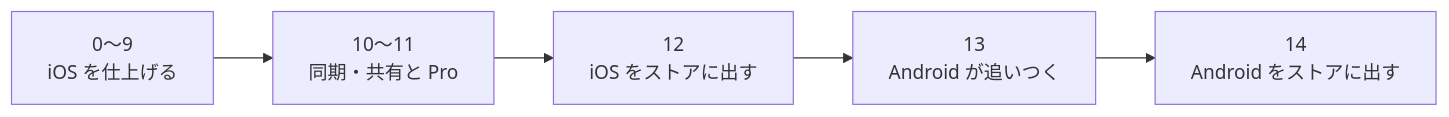
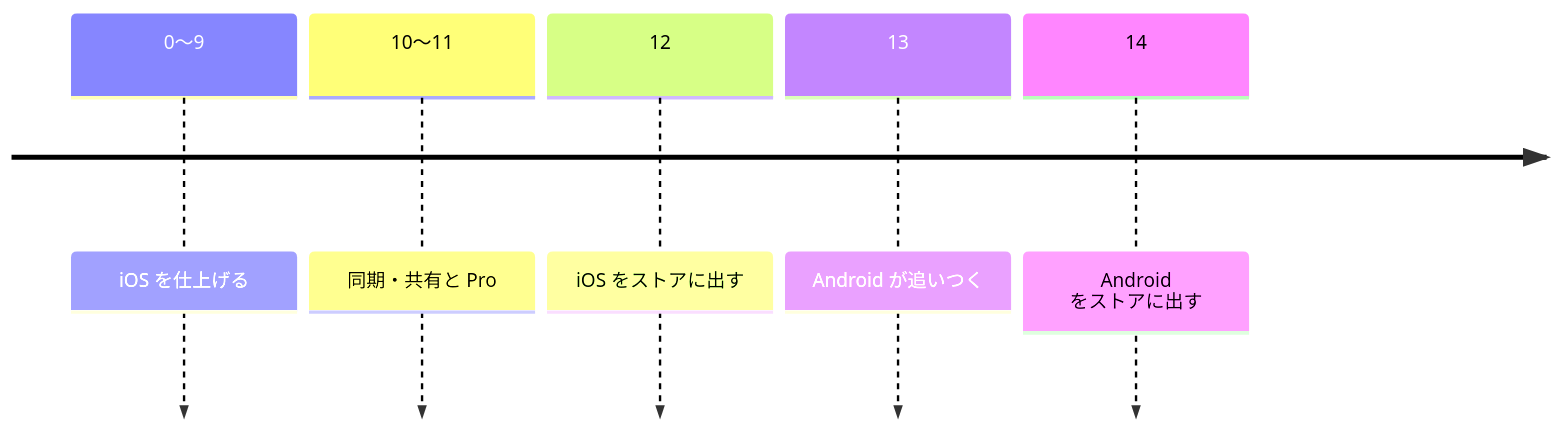
One commit to yossibank/kakeibot changed the diagram in docs/roadmap.md. Above: the diagram before and after it, drawn with Mermaid. The commit also changed other lines of this file and 53 other files, not shown here.

````diff
--- a/docs/roadmap.md
+++ b/docs/roadmap.md
@@ -11,4 +11,8 @@
 ```mermaid
-flowchart LR
-    A["0〜9<br>iOS を仕上げる"] --> B["10〜11<br>同期・共有と Pro"] --> C["12<br>iOS をストアに出す"] --> D["13<br>Android が追いつく"] --> E["14<br>Android をストアに出す"]
+timeline
+    0〜9 : iOS を仕上げる
+    10〜11 : 同期・共有と Pro
+    12 : iOS をストアに出す
+    13 : Android が追いつく
+    14 : Android をストアに出す
 ```
````
